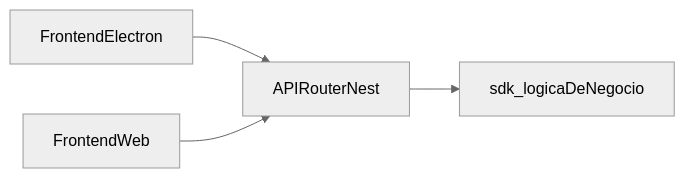
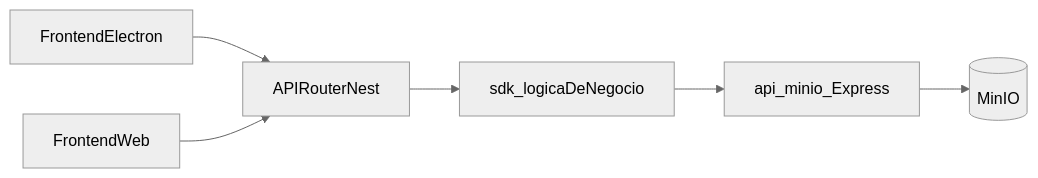
Before and after one commit to venturars/aTempo: the first of 2 diagrams in docs/ARCHITECTURE.md, drawn with Mermaid (neutral theme). The commit also changed other lines of this file and 22 other files, not shown here.

First line of the commit message:
feat(api-minio): add express skeleton with MinIO health

````diff
--- a/docs/ARCHITECTURE.md
+++ b/docs/ARCHITECTURE.md
@@ -13,10 +13,14 @@
 ```mermaid
 flowchart LR
   electron[FrontendElectron]
   web[FrontendWeb]
   router[APIRouterNest]
   sdk[sdk_logicaDeNegocio]
+  minioApi[api_minio_Express]
+  minio[(MinIO)]
   electron --> router
   web --> router
   router --> sdk
+  sdk --> minioApi
+  minioApi --> minio
 ```
````
